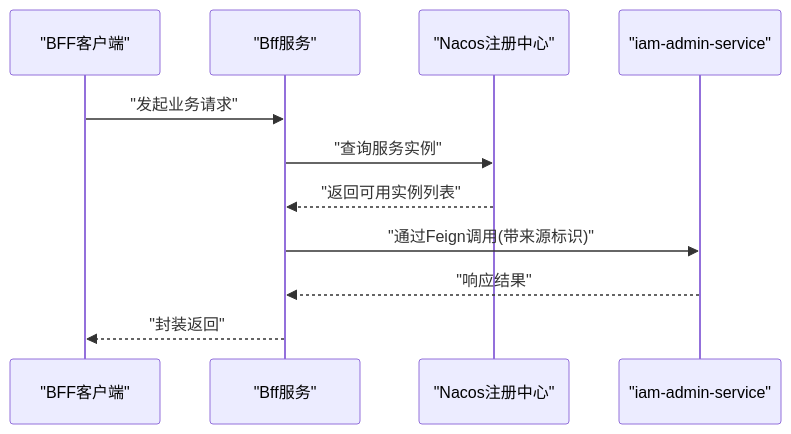
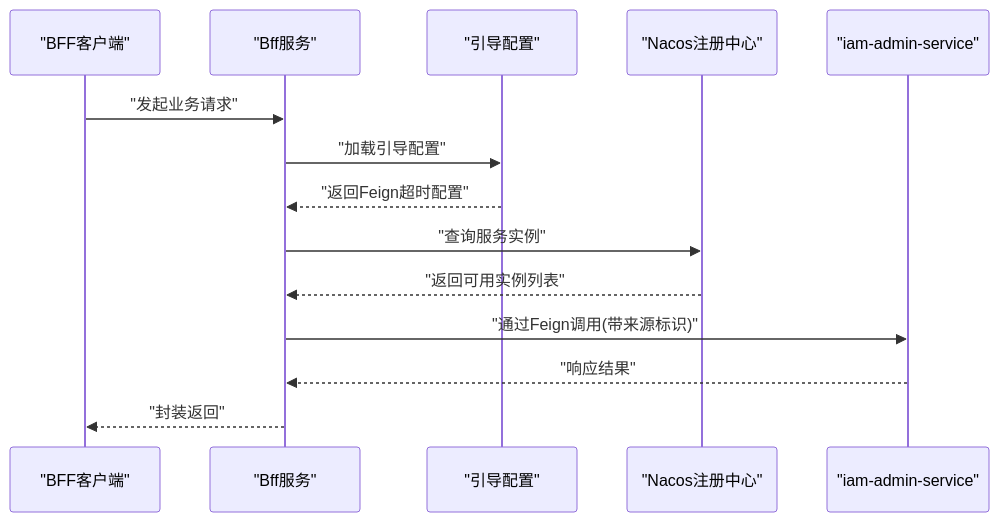
One commit to fq0121104930716/iam-platform changed the sixth of 7 diagrams in .qoder/repowiki/zh/content/项目概述/项目结构/前端代理服务器 (iam-bff-server)/应用启动与配置.md. Above: the diagram before and after it, drawn with Mermaid. The commit also changed other lines of this file and 42 other files, not shown here.

````diff
--- a/.qoder/repowiki/zh/content/项目概述/项目结构/前端代理服务器 (iam-bff-server)/应用启动与配置.md
+++ b/.qoder/repowiki/zh/content/项目概述/项目结构/前端代理服务器 (iam-bff-server)/应用启动与配置.md
@@ -195,13 +227,16 @@
 ```mermaid
 sequenceDiagram
 participant Client as "BFF客户端"
 participant BFF as "Bff服务"
+participant Boot as "引导配置"
 participant Nacos as "Nacos注册中心"
 participant Admin as "iam-admin-service"
 Client->>BFF : "发起业务请求"
+BFF->>Boot : "加载引导配置"
+Boot-->>BFF : "返回Feign超时配置"
 BFF->>Nacos : "查询服务实例"
 Nacos-->>BFF : "返回可用实例列表"
 BFF->>Admin : "通过Feign调用(带来源标识)"
 Admin-->>BFF : "响应结果"
 BFF-->>Client : "封装返回"
 ```
````
